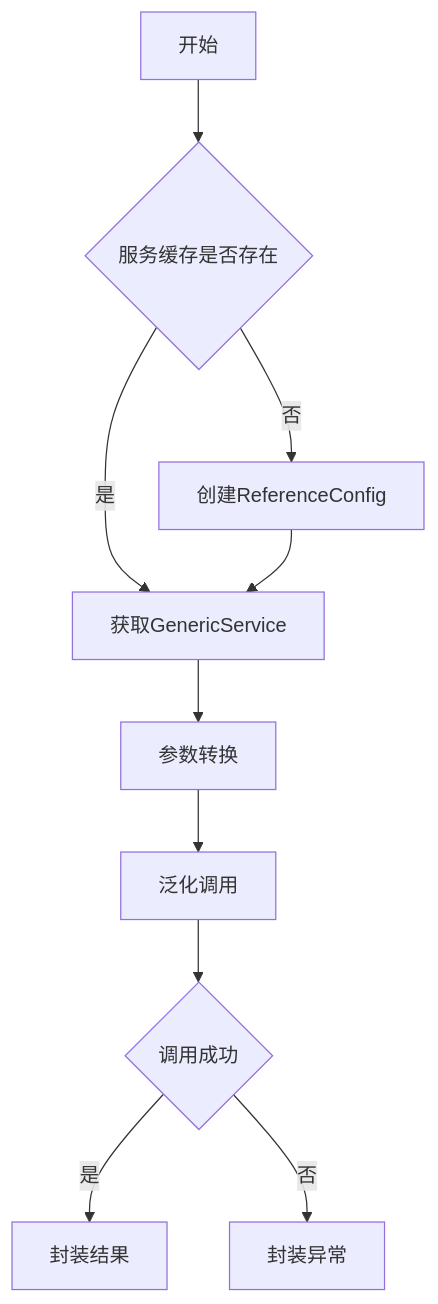
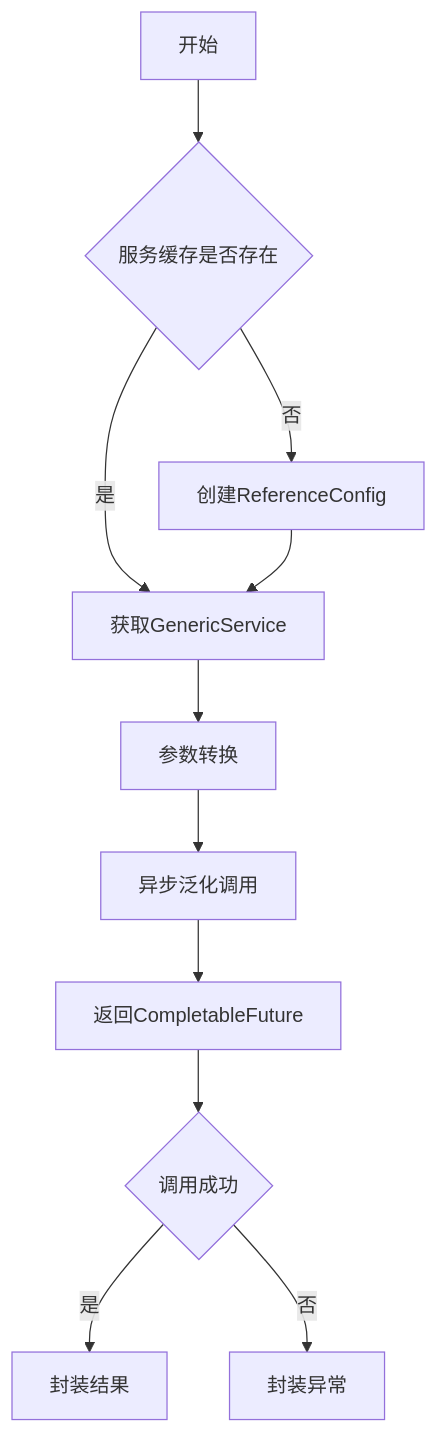
One commit to 1973034392/api-gateway-codelong changed the third of 3 diagrams in docs/项目文档/核心服务/6. 请求调用与结果包装.md. Above: the diagram before and after it, drawn with Mermaid. The commit also changed other lines of this file and 69 other files, not shown here.

````diff
--- a/docs/项目文档/核心服务/6. 请求调用与结果包装.md
+++ b/docs/项目文档/核心服务/6. 请求调用与结果包装.md
@@ -114,12 +201,13 @@
 ```mermaid
 graph TD
     A[开始] --> B{服务缓存是否存在}
     B -->|否| C[创建ReferenceConfig]
     B -->|是| D[获取GenericService]
     C --> D
     D --> E[参数转换]
-    E --> F[泛化调用]
-    F --> G{调用成功}
-    G -->|是| H[封装结果]
-    G -->|否| I[封装异常]
+    E --> F[异步泛化调用]
+    F --> G[返回CompletableFuture]
+    G --> H{调用成功}
+    H -->|是| I[封装结果]
+    H -->|否| J[封装异常]
 ```
````
